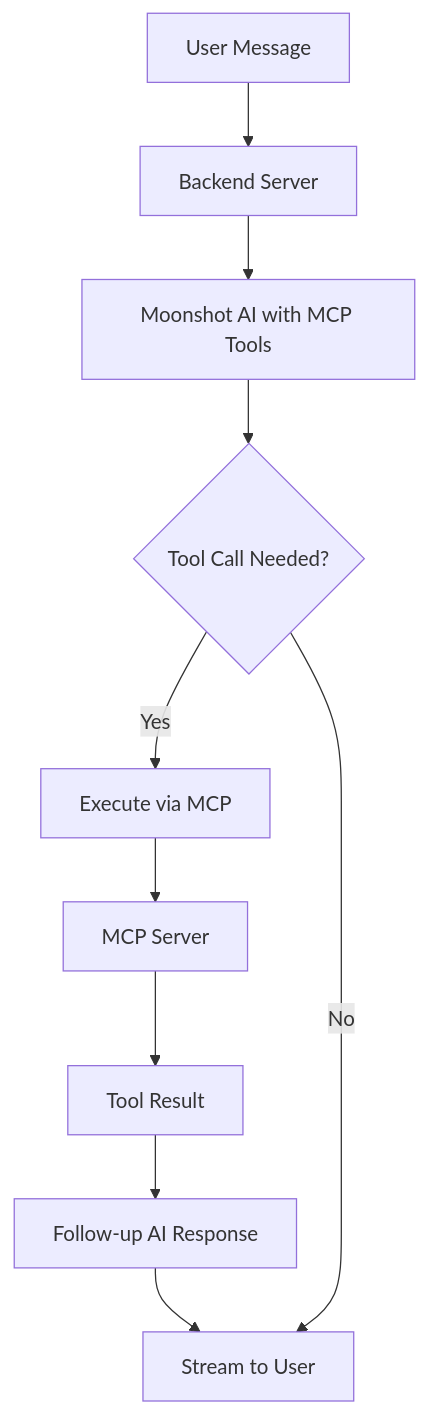
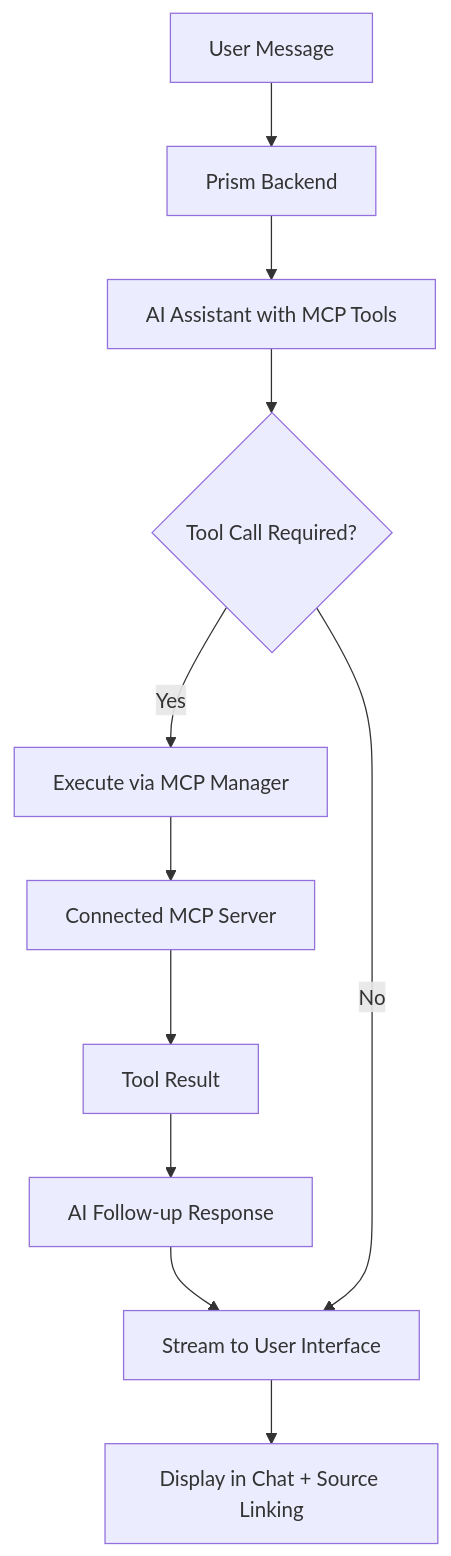
One commit to prateekkalra/prism-algolia changed the diagram in MCP_INTEGRATION.md. Above: the diagram before and after it, drawn with Mermaid. The commit also changed other lines of this file and 11 other files, not shown here.

First line of the commit message:
Revamp Prism's documentation and UI for enhanced user experience

````diff
--- a/MCP_INTEGRATION.md
+++ b/MCP_INTEGRATION.md
@@ -34,12 +37,13 @@
 ```mermaid
 graph TD
-    A[User Message] --> B[Backend Server]
-    B --> C[Moonshot AI with MCP Tools]
-    C --> D{Tool Call Needed?}
-    D -->|Yes| E[Execute via MCP]
-    E --> F[MCP Server]
+    A[User Message] --> B[Prism Backend]
+    B --> C[AI Assistant with MCP Tools]
+    C --> D{Tool Call Required?}
+    D -->|Yes| E[Execute via MCP Manager]
+    E --> F[Connected MCP Server]
     F --> G[Tool Result]
-    G --> H[Follow-up AI Response]
-    H --> I[Stream to User]
+    G --> H[AI Follow-up Response]
+    H --> I[Stream to User Interface]
     D -->|No| I
+    I --> J[Display in Chat + Source Linking]
 ```
````
